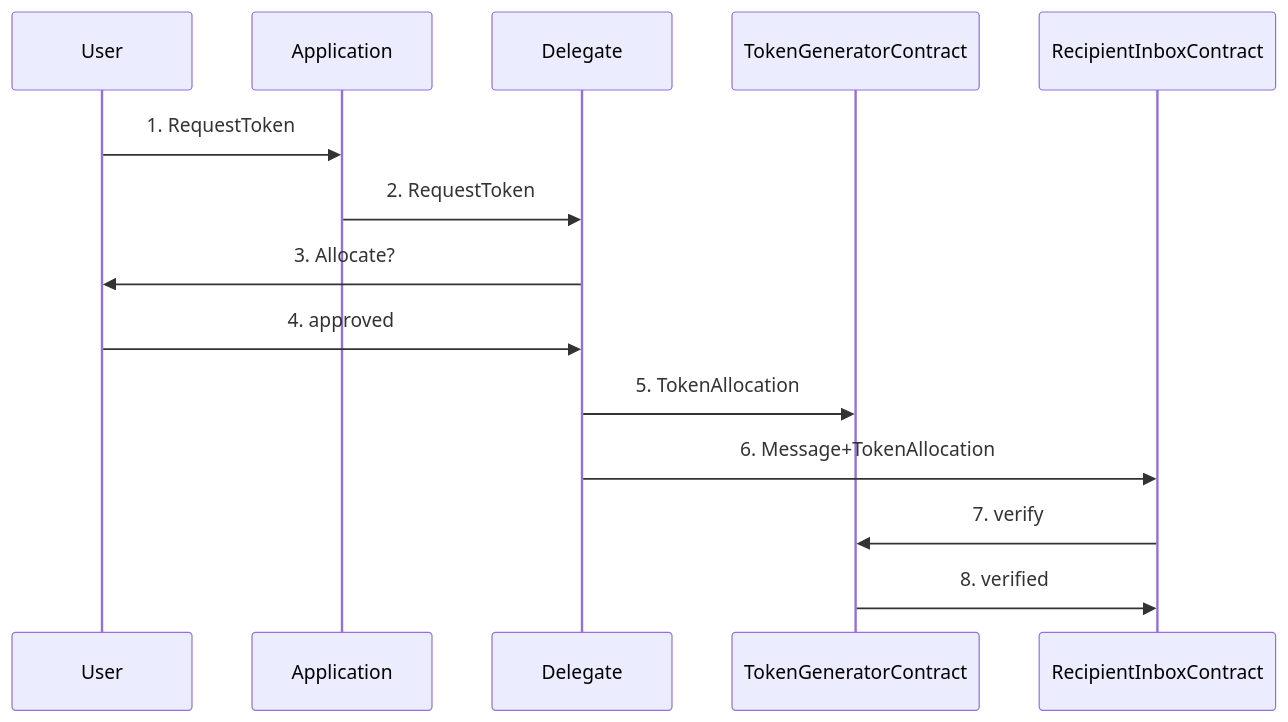
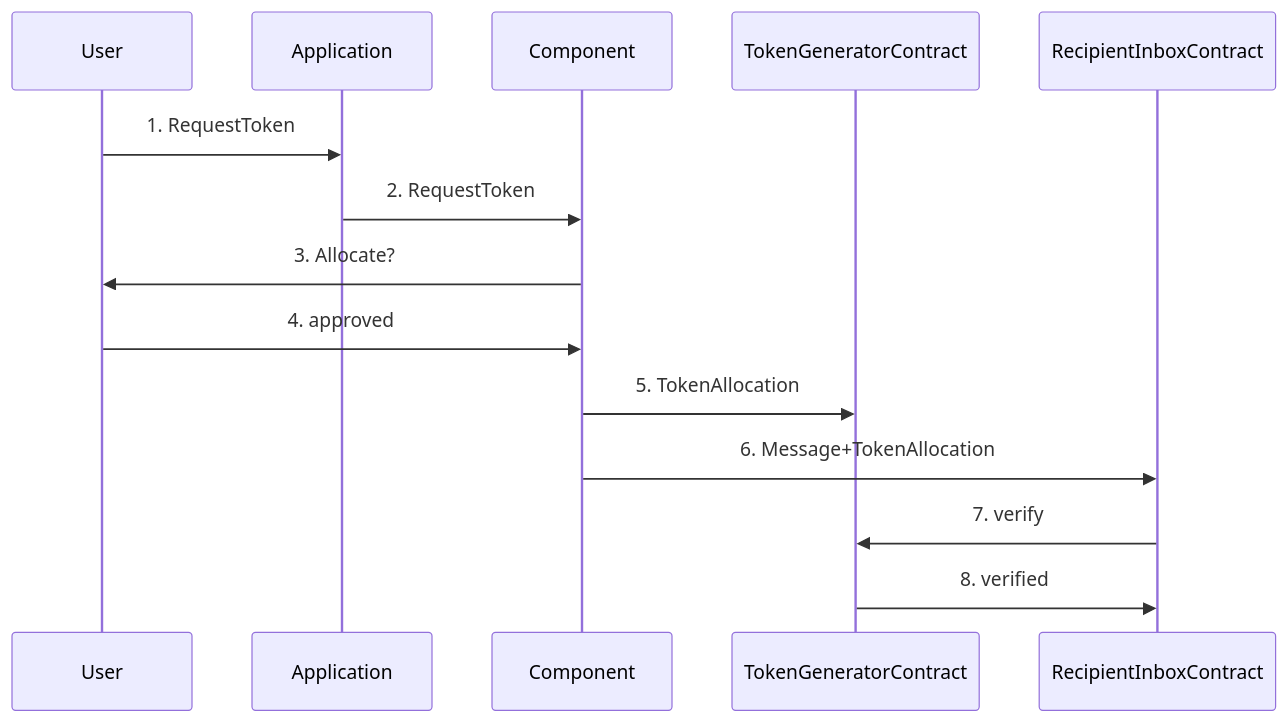
One commit to freenet/freenet-core changed the diagram in docs/src/primitives.md. Above: the diagram before and after it, drawn with Mermaid. The commit also changed other lines of this file, not shown here.

Commit message:
use Component rather than Delegate until code adopts new term

````diff
--- a/docs/src/primitives.md
+++ b/docs/src/primitives.md
@@ -48,17 +48,17 @@
 ```mermaid
 sequenceDiagram
   participant User
   participant Application
-  participant Delegate
+  participant Component
   participant TokenGeneratorContract
   participant RecipientInboxContract
 
   User->>Application: 1. RequestToken
-  Application->>Delegate: 2. RequestToken
-  Delegate->>User: 3. Allocate?
-  User->>Delegate: 4. approved
-  Delegate->>TokenGeneratorContract: 5. TokenAllocation
-  Delegate->>RecipientInboxContract: 6. Message+TokenAllocation
+  Application->>Component: 2. RequestToken
+  Component->>User: 3. Allocate?
+  User->>Component: 4. approved
+  Component->>TokenGeneratorContract: 5. TokenAllocation
+  Component->>RecipientInboxContract: 6. Message+TokenAllocation
   RecipientInboxContract->>TokenGeneratorContract: 7. verify
   TokenGeneratorContract->>RecipientInboxContract: 8. verified
 ```
````
